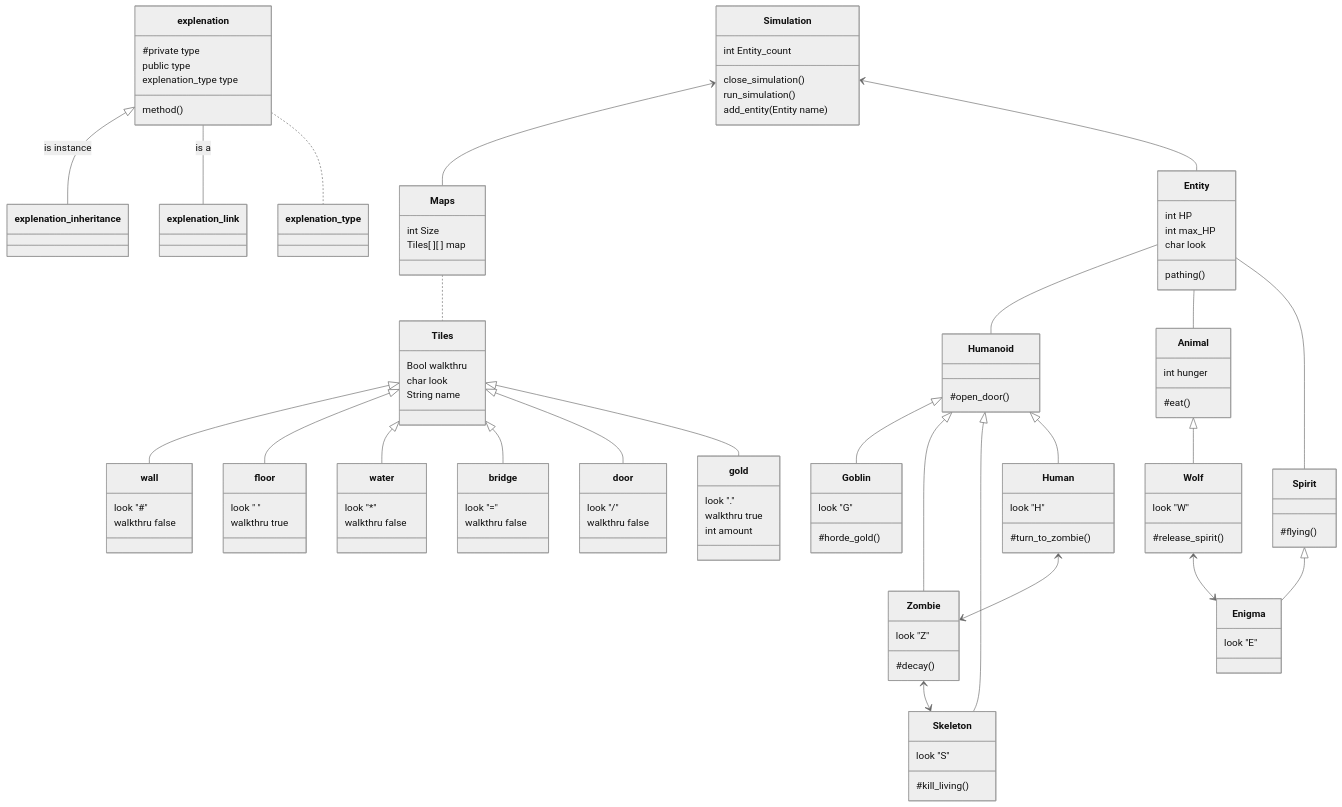
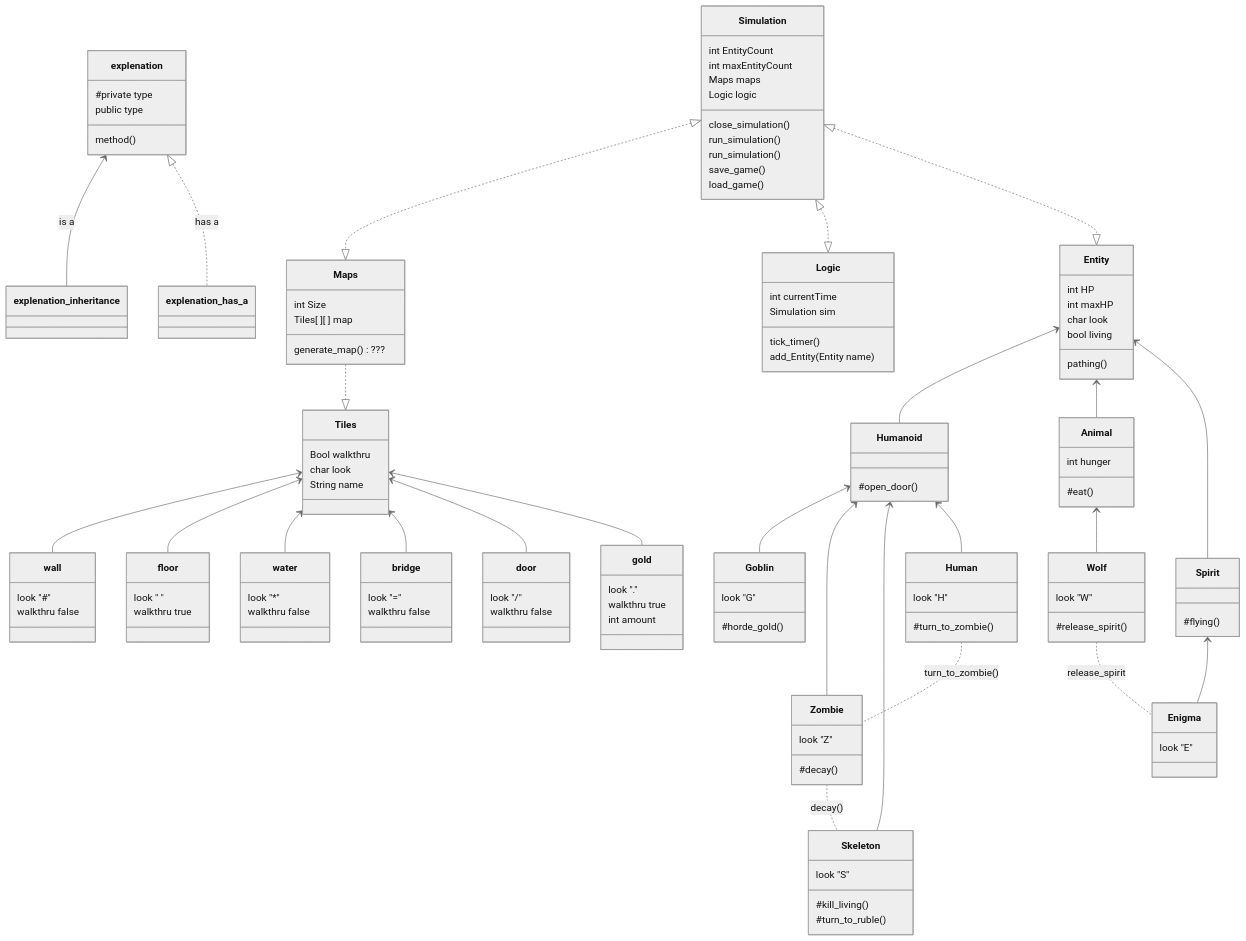
Before and after one commit to GlycerolVeinz/PJV_semestral: the diagram in semestral_work/classes.md, drawn with Mermaid (neutral theme). The commit also changed 27 other files, not shown here.

```diff
--- a/semestral_work/classes.md
+++ b/semestral_work/classes.md
@@ -4,34 +4,44 @@
 	explenation : #private type
 	explenation: public type
 	explenation : method()
-	explenation <|-- explenation_inheritance : is instance 
-	explenation -- explenation_link : is a
-	explenation : explenation_type type
-	explenation .. explenation_type 
+	explenation <-- explenation_inheritance : is a 
+	explenation <|.. explenation_has_a : has a
 
     class Simulation
-	Simulation : int Entity_count
+	Simulation : int EntityCount
+	Simulation : int maxEntityCount
     Simulation : close_simulation()
 	Simulation : run_simulation()
-	Simulation : add_entity(Entity name)
+	Simulation : run_simulation()
+	Simulation : save_game()
+	Simulation : load_game()
+	Simulation : Maps maps
+	Simulation : Logic logic
 
-    Simulation <-- Maps
-    Simulation <-- Entity
+    Simulation <|..|> Maps
+	Simulation <|..|> Logic
+    Simulation <|..|> Entity
 
-		Maps .. Tiles
+		Logic : int currentTime
+		Logic : tick_timer()
+		Logic : Simulation sim
+		Logic : add_Entity(Entity name)
+
+		Maps ..|> Tiles
 		Maps : int Size
+		Maps : generate_map()???
 		Maps : Tiles[ ][ ] map
 
 			Tiles : Bool walkthru
 			Tiles : char look
 			Tiles : String name
 
-			Tiles <|-- wall
-			Tiles <|-- floor
-			Tiles <|-- water
-			Tiles <|-- bridge
-			Tiles <|-- door
-			Tiles <|-- gold
+			Tiles <-- wall
+			Tiles <-- floor
+			Tiles <-- water
+			Tiles <-- bridge
+			Tiles <-- door
+			Tiles <-- gold
 
 				wall : look "#"
 				wall : walkthru false
@@ -53,43 +63,45 @@
 				gold : int amount
 
 		Entity : int HP
-		Entity : int max_HP
+		Entity : int maxHP
 		Entity : char look
+		Entity : bool living
 		Entity : pathing()
 
-		Entity -- Humanoid
-		Entity -- Animal
-		Entity -- Spirit
+		Entity <-- Humanoid
+		Entity <-- Animal
+		Entity <-- Spirit
 
-			Humanoid <|-- Goblin
-			Humanoid <|-- Zombie
-			Humanoid <|-- Skeleton
-			Humanoid <|-- Human
+			Humanoid <-- Goblin
+			Humanoid <-- Zombie
+			Humanoid <-- Skeleton
+			Humanoid <-- Human
 			Humanoid : #open_door()
 
-				Human <--> Zombie
+				Human .. Zombie : turn_to_zombie()
 				Human : #turn_to_zombie()
 				Human : look "H"
 
 				Goblin : #horde_gold()
 				Goblin: look "G"
 
-				Zombie <--> Skeleton
+				Zombie .. Skeleton : decay()
 				Zombie : #decay()
 				Zombie : look "Z"
 
 				Skeleton : #kill_living()
+				Skeleton : #turn_to_ruble()
 				Skeleton : look "S"
 
-			Animal <|-- Wolf
+			Animal <-- Wolf
 			Animal : int hunger
 			Animal : #eat()
 
-				Wolf <--> Enigma
+				Wolf .. Enigma : release_spirit
 				Wolf : #release_spirit()
 				Wolf : look "W"
 
-			Spirit <|-- Enigma
+			Spirit <-- Enigma
 			Spirit : #flying()
 
 				Enigma : look "E"
```
